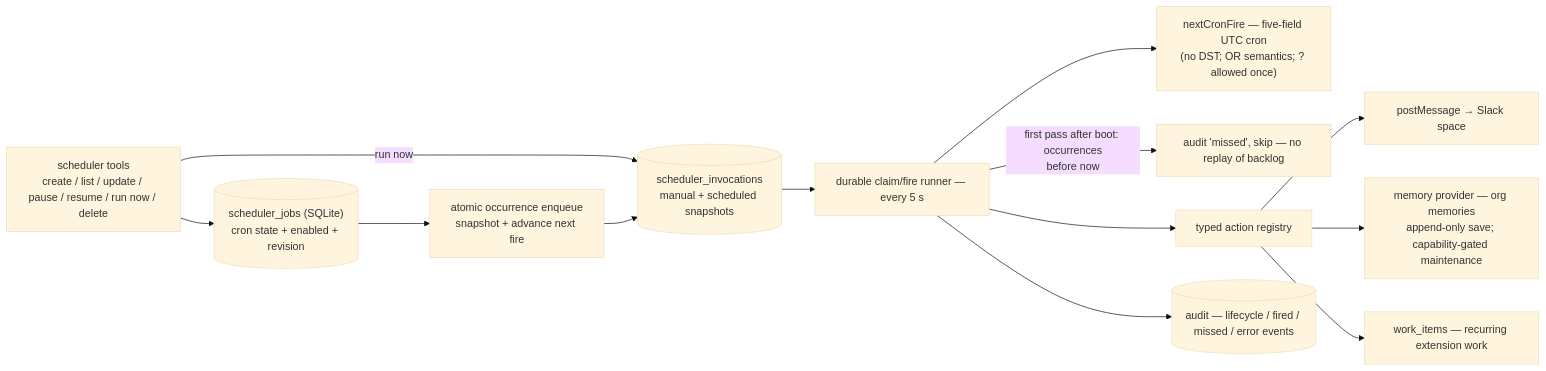
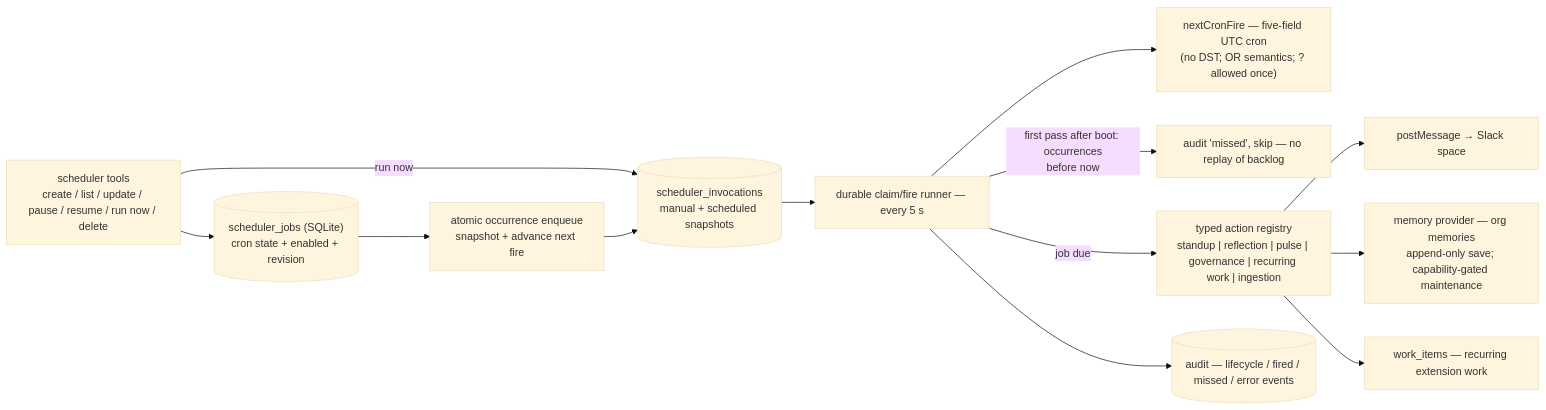
Diagram 11 of 15 in architecture.md (serrrfirat/bottega), drawn with Mermaid (base theme) before and after one commit. The commit also changed other lines of this file and 26 other files, not shown here.

````diff
--- a/architecture.md
+++ b/architecture.md
@@ -737,16 +737,16 @@
 ```mermaid
 flowchart LR
     TOOL["scheduler tools<br/>create / list / update / pause / resume / run now / delete"]
     TOOL --> DB[("scheduler_jobs (SQLite)<br/>cron state + enabled + revision")]
     DB --> ENQ["atomic occurrence enqueue<br/>snapshot + advance next fire"]
     TOOL -- "run now" --> INV[("scheduler_invocations<br/>manual + scheduled snapshots")]
     ENQ --> INV
     INV --> RUN["durable claim/fire runner — every 5 s"]
     RUN --> CRON["nextCronFire — five-field UTC cron<br/>(no DST; OR semantics; ? allowed once)"]
     RUN -- "first pass after boot: occurrences<br/>before now" --> MISS["audit 'missed', skip — no replay of backlog"]
-    RUN --> ACT["typed action registry"]
+    RUN -- "job due" --> ACT["typed action registry<br/>standup | reflection | pulse | governance | recurring work | ingestion"]
     ACT --> POST["postMessage → Slack space"]
     ACT --> MEM["memory provider — org memories<br/>append-only save; capability-gated maintenance"]
     ACT --> WI["work_items — recurring extension work"]
     RUN --> AUD[("audit — lifecycle / fired / missed / error events")]
 ```
````
